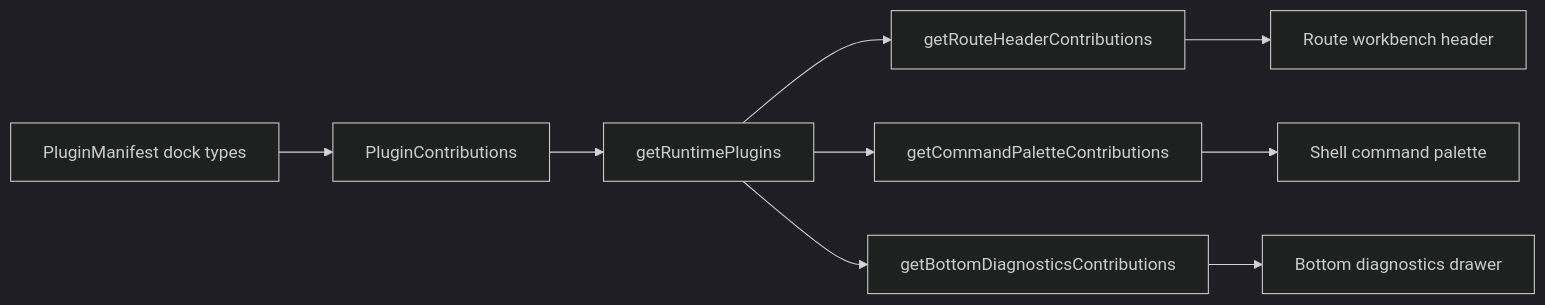
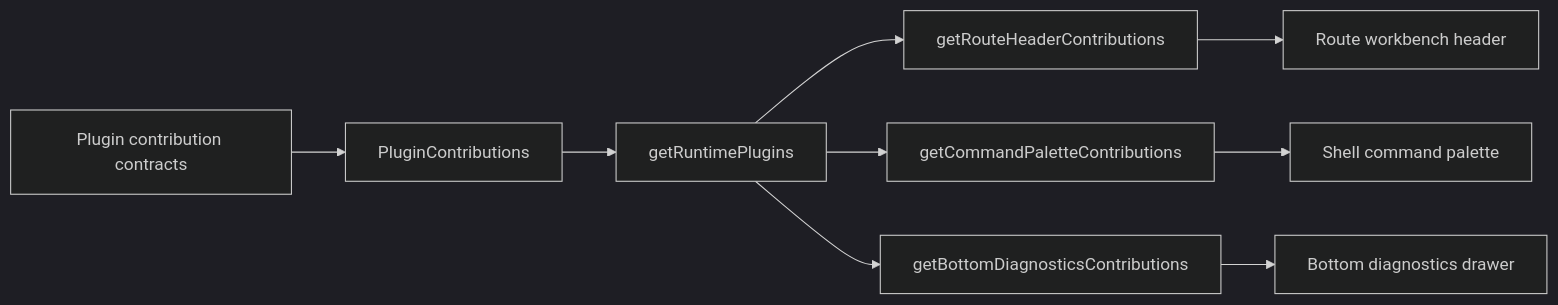
The first of 2 diagrams in docs/architecture/components/web/plugins/plugin-ux-integration-contract.md (dunay2/dvt), drawn with Mermaid (dark theme) before and after one commit. The commit also changed 3 other files, not shown here.

Commit message:
docs(web): Align plugin guidance with static contributions

````diff
--- a/docs/architecture/components/web/plugins/plugin-ux-integration-contract.md
+++ b/docs/architecture/components/web/plugins/plugin-ux-integration-contract.md
@@ -66,11 +66,11 @@
 ```mermaid
 flowchart LR
-  Manifest["PluginManifest dock types"] --> Contribution["PluginContributions"]
+  Contracts["Plugin contribution contracts"] --> Contribution["PluginContributions"]
   Contribution --> Registry["getRuntimePlugins"]
   Registry --> Header["getRouteHeaderContributions"]
   Registry --> Palette["getCommandPaletteContributions"]
   Registry --> Diagnostics["getBottomDiagnosticsContributions"]
   Header --> RouteHeader["Route workbench header"]
   Palette --> CommandPalette["Shell command palette"]
   Diagnostics --> BottomPanel["Bottom diagnostics drawer"]
 ```
````
